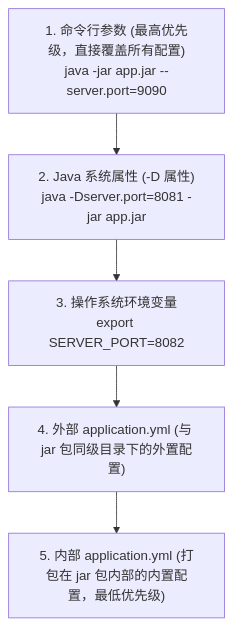
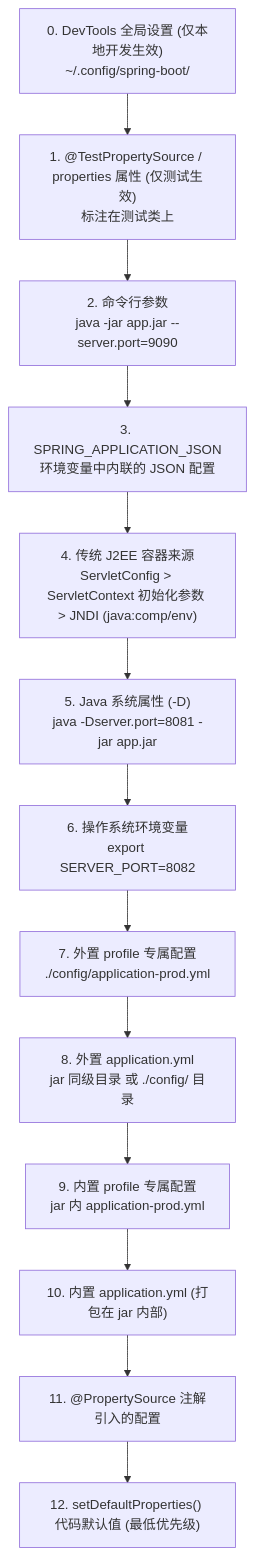
Before and after one commit to GuoWWWX/knowledge-base: the third of 3 diagrams in 20-Java后端/04-Spring生态/10-SpringBoot启动流程.md, drawn with Mermaid. The commit also changed other lines of this file and 2 other files, not shown here.

Commit message:
docs: overhaul Spring Boot startup process with seven lifecycle events and full configuration hierarchy

````diff
--- a/20-Java后端/04-Spring生态/10-SpringBoot启动流程.md
+++ b/20-Java后端/04-Spring生态/10-SpringBoot启动流程.md
@@ -335,7 +473,16 @@
 ```mermaid
 flowchart TD
-    C1["1. 命令行参数 (最高优先级，直接覆盖所有配置)<br/>java -jar app.jar --server.port=9090"] --> C2["2. Java 系统属性 (-D 属性)<br/>java -Dserver.port=8081 -jar app.jar"]
-    C2 --> C3["3. 操作系统环境变量<br/>export SERVER_PORT=8082"]
-    C3 --> C4["4. 外部 application.yml (与 jar 包同级目录下的外置配置)"]
-    C4 --> C5["5. 内部 application.yml (打包在 jar 包内部的内置配置，最低优先级)"]
+    C0["0. DevTools 全局设置 (仅本地开发生效)<br/>~/.config/spring-boot/"] --> C1
+    C1["1. @TestPropertySource / properties 属性 (仅测试生效)<br/>标注在测试类上"] --> C2
+    C2["2. 命令行参数<br/>java -jar app.jar --server.port=9090"] --> C3
+    C3["3. SPRING_APPLICATION_JSON<br/>环境变量中内联的 JSON 配置"] --> C4
+    C4["4. 传统 J2EE 容器来源<br/>ServletConfig > ServletContext 初始化参数 > JNDI (java:comp/env)"] --> C5
+    C5["5. Java 系统属性 (-D)<br/>java -Dserver.port=8081 -jar app.jar"] --> C6
+    C6["6. 操作系统环境变量<br/>export SERVER_PORT=8082"] --> C7
+    C7["7. 外置 profile 专属配置<br/>./config/application-prod.yml"] --> C8
+    C8["8. 外置 application.yml<br/>jar 同级目录 或 ./config/ 目录"] --> C9
+    C9["9. 内置 profile 专属配置<br/>jar 内 application-prod.yml"] --> C10
+    C10["10. 内置 application.yml (打包在 jar 内部)"] --> C11
+    C11["11. @PropertySource 注解引入的配置"] --> C12
+    C12["12. setDefaultProperties() 代码默认值 (最低优先级)"]
 ```
````
